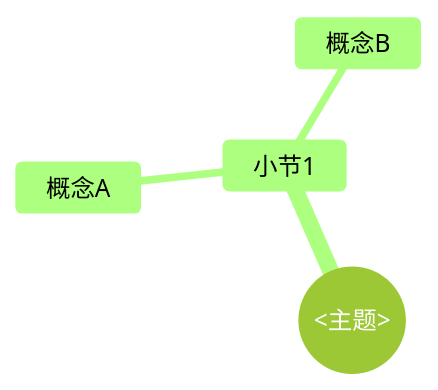
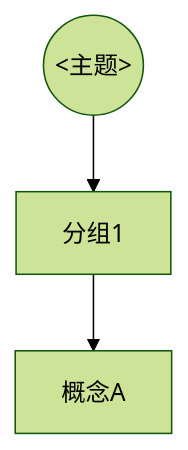
The diagram in references/note-template.md (lucky-Luor/bilibili-douyin-notes), drawn with Mermaid (forest theme) before and after one commit. The commit also changed other lines of this file and 9 other files, not shown here.

````diff
--- a/references/note-template.md
+++ b/references/note-template.md
@@ -263,7 +193,6 @@
 ```mermaid
-mindmap
-  root((<主题>))
-    小节1
-      概念A
-      概念B
+graph TD
+  R((<主题>))
+  R --> G1[分组1]
+  G1 --> L2[概念A]
 ```
````
